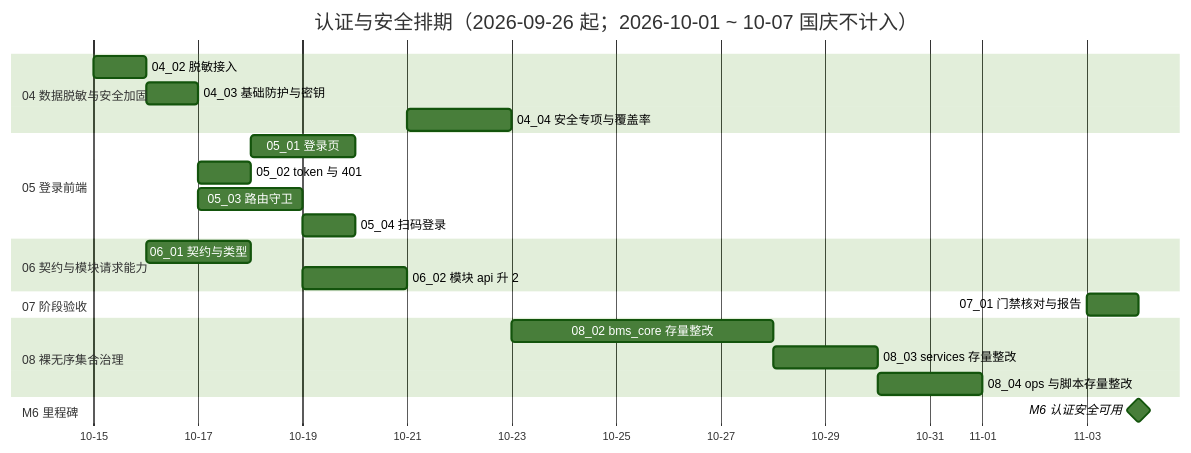
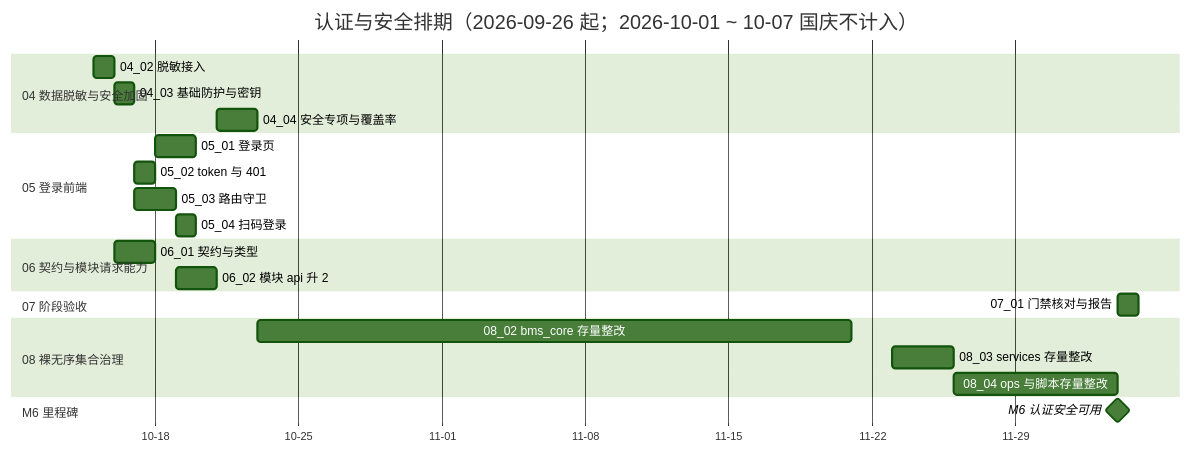
The diagram in bms文档/项目/06_认证与安全/计划/01_计划_认证与安全.md (minjian123/basic-management-system), drawn with Mermaid (forest theme) before and after one commit. The commit also changed other lines of this file and 10 other files, not shown here.

````diff
--- a/bms文档/项目/06_认证与安全/计划/01_计划_认证与安全.md
+++ b/bms文档/项目/06_认证与安全/计划/01_计划_认证与安全.md
@@ -77,26 +77,26 @@
 ```mermaid
 gantt
     title 认证与安全排期（2026-09-26 起；2026-10-01 ~ 10-07 国庆不计入）
     dateFormat  YYYY-MM-DD
     axisFormat %m-%d
     section 04 数据脱敏与安全加固
     04_02 脱敏接入 :d2, 2026-10-15, 1d
     04_03 基础防护与密钥 :d3, 2026-10-16, 1d
     04_04 安全专项与覆盖率 :d4, 2026-10-21, 2d
     section 05 登录前端
     05_01 登录页 :e1, 2026-10-18, 2d
     05_02 token 与 401 :e2, 2026-10-17, 1d
     05_03 路由守卫 :e3, 2026-10-17, 2d
     05_04 扫码登录 :e4, 2026-10-19, 1d
     section 06 契约与模块请求能力
     06_01 契约与类型 :f1, 2026-10-16, 2d
     06_02 模块 api 升 2 :f2, 2026-10-19, 2d
     section 07 阶段验收
-    07_01 门禁核对与报告 :g1, 2026-11-03, 1d
+    07_01 门禁核对与报告 :g1, 2026-12-04, 1d
     section 08 裸无序集合治理
-    08_02 bms_core 存量整改 :h1, 2026-10-23, 5d
-    08_03 services 存量整改 :h2, 2026-10-28, 2d
-    08_04 ops 与脚本存量整改 :h3, 2026-10-30, 2d
+    08_02 bms_core 存量整改 :h1, 2026-10-23, 29d
+    08_03 services 存量整改 :h2, 2026-11-23, 3d
+    08_04 ops 与脚本存量整改 :h3, 2026-11-26, 8d
     section M6 里程碑
-    M6 认证安全可用 :milestone, mm6, 2026-11-04, 0d
+    M6 认证安全可用 :milestone, mm6, 2026-12-04, 0d
 ```
````
